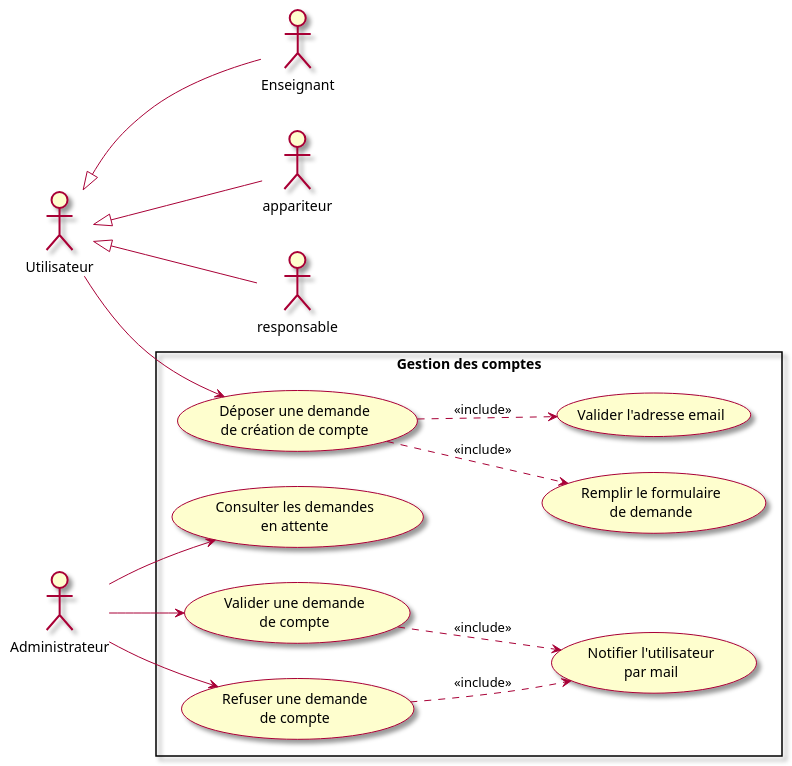
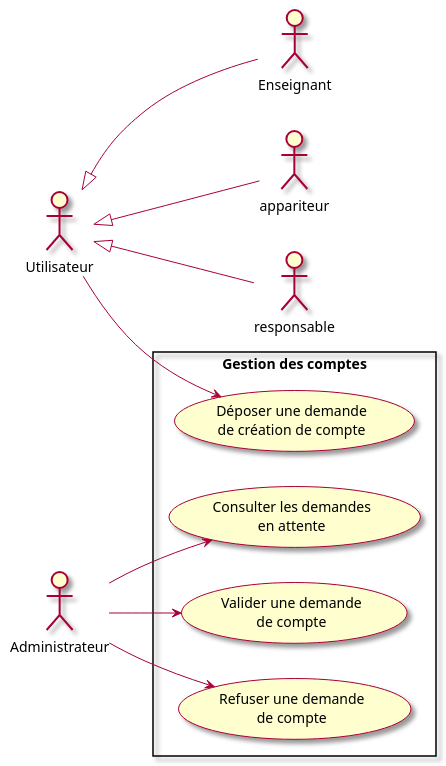
The second of 5 diagrams in docs/01-Besoins.md (mrajaonson/glg204-room-management-system), drawn with PlantUML before and after one commit. The commit also changed other lines of this file and 1 other file, not shown here.

````diff
--- a/docs/01-Besoins.md
+++ b/docs/01-Besoins.md
@@ -94,40 +93,33 @@
 ```plantuml
 @startuml
 skin rose
 
 left to right direction
 
 actor "Utilisateur" as U
 actor "Enseignant" as E
 actor "appariteur" as AP
 actor "responsable" as R
 actor "Administrateur" as A
 
 rectangle "Gestion des comptes" {
   usecase "Déposer une demande\nde création de compte" as UC_CREER
-  usecase "Remplir le formulaire\nde demande" as UC_FORMULAIRE
-  usecase "Valider l'adresse email" as UC_MAIL
   usecase "Consulter les demandes\nen attente" as UC_CONSULTER_DEMANDE
   usecase "Valider une demande\nde compte" as UC_VALIDER
   usecase "Refuser une demande\nde compte" as UC_REFUSER
-  usecase "Notifier l'utilisateur\npar mail" as UC_NOTIFIER
 
 }
 
 U <|-- E
 U <|-- AP
 U <|-- R
 
 U --> UC_CREER
-UC_CREER ..> UC_FORMULAIRE : <<include>>
-UC_CREER ..> UC_MAIL : <<include>>
 
 A --> UC_CONSULTER_DEMANDE
 A --> UC_VALIDER
 A --> UC_REFUSER
 
-UC_VALIDER ..> UC_NOTIFIER : <<include>>
-UC_REFUSER ..> UC_NOTIFIER : <<include>>
 
 @enduml
 ```
````
